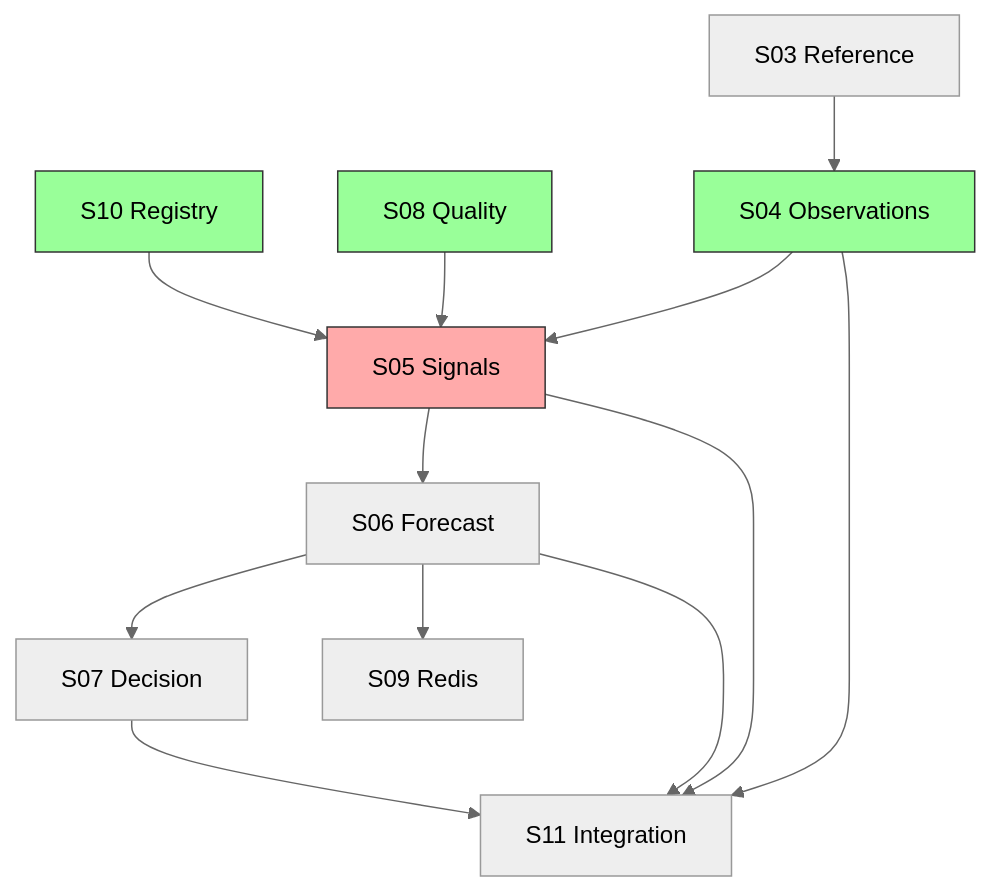
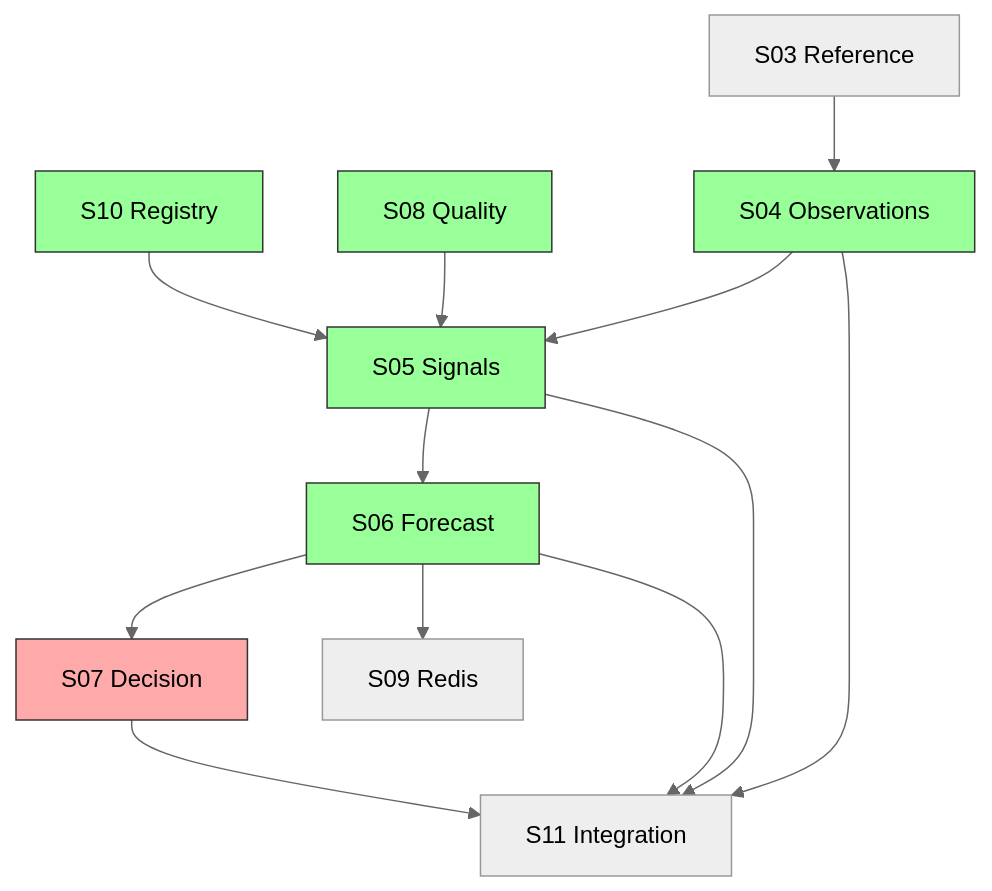
One commit to KalyanCB/KrishiNetra changed the diagram in docs/implementation/E01_PROGRAM_STATUS.md. Above: the diagram before and after it, drawn with Mermaid (neutral theme). The commit also changed other lines of this file and 44 other files, not shown here.

````diff
--- a/docs/implementation/E01_PROGRAM_STATUS.md
+++ b/docs/implementation/E01_PROGRAM_STATUS.md
@@ -54,19 +56,21 @@
 ```mermaid
 flowchart TB
   S03[S03 Reference] --> S04[S04 Observations]
   S04 --> S05[S05 Signals]
   S08[S08 Quality] --> S05
   S10[S10 Registry] --> S05
   S05 --> S06[S06 Forecast]
   S06 --> S07[S07 Decision]
   S06 --> S09[S09 Redis]
   S04 --> S11[S11 Integration]
   S05 --> S11
   S06 --> S11
   S07 --> S11
 
   style S04 fill:#9f9,stroke:#333
+  style S05 fill:#9f9,stroke:#333
+  style S06 fill:#9f9,stroke:#333
   style S10 fill:#9f9,stroke:#333
   style S08 fill:#9f9,stroke:#333
-  style S05 fill:#faa,stroke:#333
+  style S07 fill:#faa,stroke:#333
 ```
````
